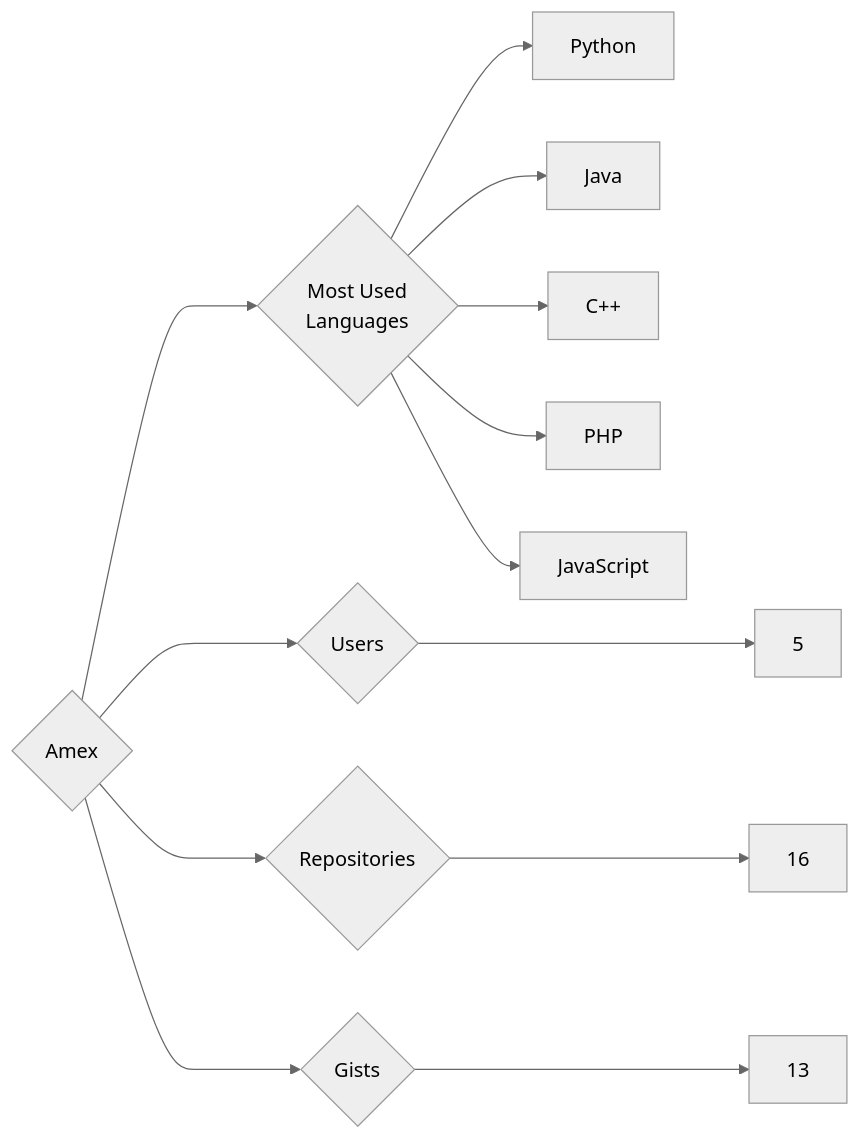
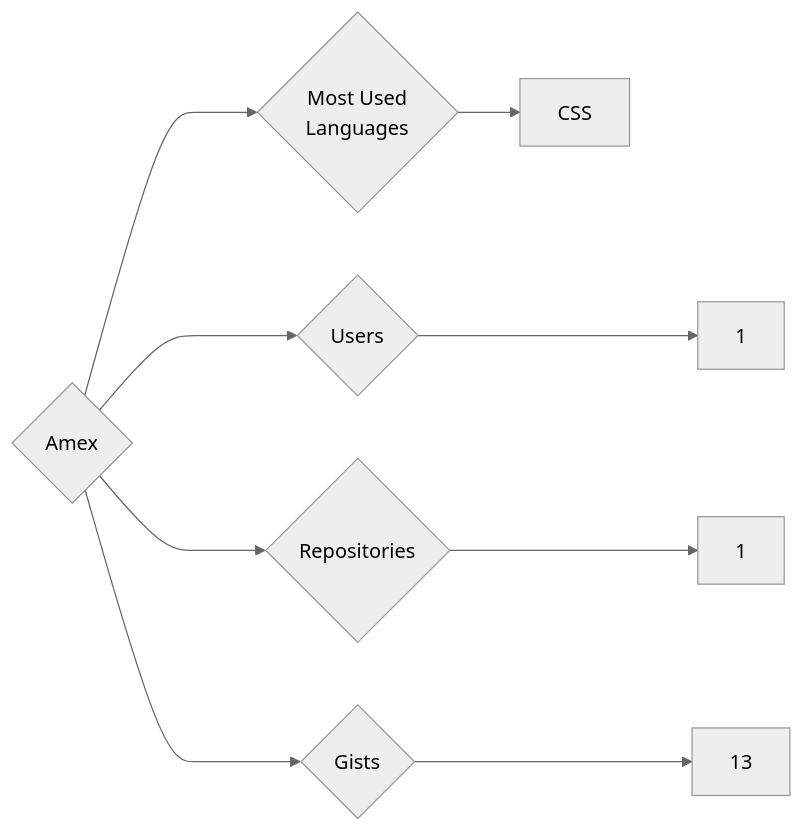
Before and after one commit to trickest/insiders: the diagram in targets/Amex/README.md, drawn with Mermaid (neutral theme). The commit also changed 1078 other files, not shown here.

````diff
--- a/targets/Amex/README.md
+++ b/targets/Amex/README.md
@@ -3,13 +3,9 @@
 ```mermaid
 graph LR
 COMPANY_NAME{Amex}
-COMPANY_NAME ---> U{Users} ---> UN[5]
-COMPANY_NAME ---> R{Repositories} ---> RN[16]
+COMPANY_NAME ---> U{Users} ---> UN[1]
+COMPANY_NAME ---> R{Repositories} ---> RN[1]
 COMPANY_NAME ---> G{Gists} ---> GN[13]
 COMPANY_NAME ---> ML{Most Used<br>Languages}
-ML --> Python[Python]
-ML --> Java[Java]
-ML --> C++[C++]
-ML --> PHP[PHP]
-ML --> JavaScript[JavaScript]
+ML --> CSS[CSS]
 ```
````
